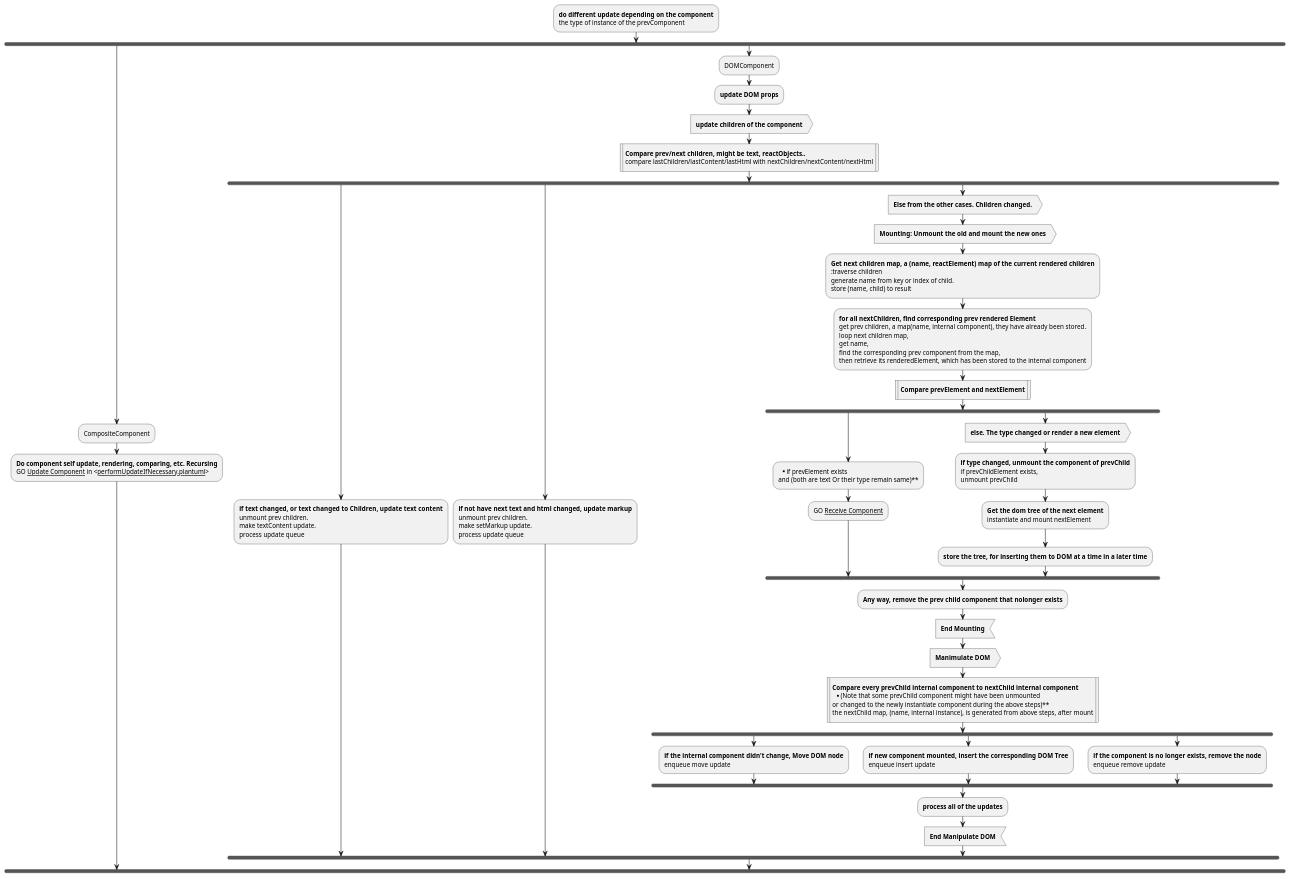
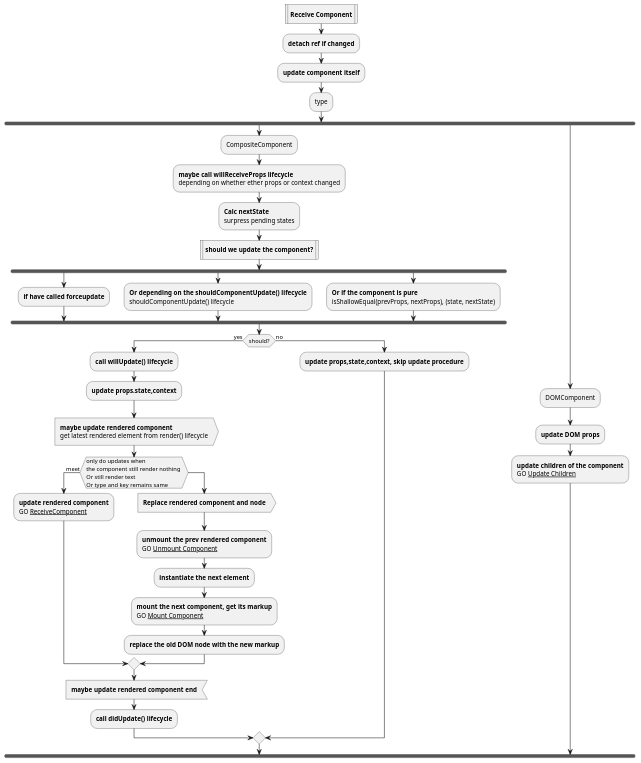
Before and after one commit to Kacxxia/learnReact15.6.2: the diagram in src/ReceiveComponent/ReceiveComponent.plantuml, drawn with PlantUML. The commit also changed 16 other files, not shown here.

Commit message:
Refactor DOMRender, mount, update; Add unmount

```diff
--- a/src/ReceiveComponent/ReceiveComponent.plantuml
+++ b/src/ReceiveComponent/ReceiveComponent.plantuml
@@ -1,70 +1,49 @@
 @startuml ReceiveComponent
-:**do different update depending on the component**
-the type of instance of the prevComponent;
+:**Receive Component**|
+:**detach ref if changed**;
+:**update component itself**;
+:type;
 fork
   :CompositeComponent;
-  :**Do component self update, rendering, comparing, etc. Recursing**
-  GO __Update Component__ in <__performUpdateIfNecessary.plantuml__>;
+  :**maybe call willReceiveProps lifecycle**
+  depending on whether ether props or context changed;
+  :**Calc nextState**
+  surpress pending states;
+  :**should we update the component?**|
+  fork
+    :**if have called forceupdate**;
+  fork again
+    :**Or depending on the shouldComponentUpdate() lifecycle**
+    shouldComponentUpdate() lifecycle;
+  fork again 
+    :**Or if the component is pure**
+    isShallowEqual(prevProps, nextProps), (state, nextState);
+  end fork
+  if (should?) then (yes)
+    :**call willUpdate() lifecycle**;
+    :**update props.state,context**;
+    :**maybe update rendered component**
+    get latest rendered element from render() lifecycle>
+    if (only do updates when\nthe component still render nothing \nOr still render text\nOr type and key remains same) then (meet)
+      :**update rendered component**
+      GO __ReceiveComponent__;
+    else
+      :**Replace rendered component and node**>
+      :**unmount the prev rendered component**
+      GO __Unmount Component__;
+      :**instantiate the next element**;
+      :**mount the next component, get its markup**
+      GO __Mount Component__;
+      :**replace the old DOM node with the new markup**;
+    endif
+    :**maybe update rendered component end**<
+    :**call didUpdate() lifecycle**;
+  else (no)
+    :**update props,state,context, skip update procedure**;
+  endif
 fork again
   :DOMComponent;
   :**update DOM props**;
-  :**update children of the component**>
-  :**Compare prev/next children, might be text, reactObjects..**
-  compare lastChildren/lastContent/lastHtml with nextChildren/nextContent/nextHtml|
-  fork
-    :**if text changed, or text changed to Children,  update text content**
-    unmount prev children.
-    make textContent update.
-    process update queue;
-  fork again
-    :**if not have next text and html changed, update markup**
-    unmount prev children.
-    make setMarkup update.
-    process update queue;
-  fork again
-    :**Else from the other cases. Children changed.**>
-    :**Mounting: Unmount the old and mount the new ones**>
-    :**Get next children map, a (name, reactElement) map of the current rendered children**
-    :traverse children
-    generate name from key or index of child.
-    store (name, child) to result;
-    :**for all nextChildren, find corresponding prev rendered Element**
-    get prev children, a map(name, internal component), they have already been stored.
-    loop next children map,
-    get name,
-    find the corresponding prev component from the map,
-    then retrieve its renderedElement, which has been stored to the internal component;
-    :**Compare prevElement and nextElement**|
-    fork
-      :**if prevElement exists
-      and (both are text Or their type remain same)**;
-      :GO __Receive Component__;
-    fork again
-      :**else. The type changed or render a new element**>
-      :**if type changed, unmount the component of prevChild**
-      if prevChildElement exists,
-      unmount prevChild;
-      :**Get the dom tree of the next element**
-      instantiate and mount nextElement;
-      :**store the tree, for inserting them to DOM at a time in a later time**;
-    end fork
-    :**Any way, remove the prev child component that nolonger exists**;
-    :**End Mounting**<
-    :**Manimulate DOM**>
-    :**Compare every prevChild internal component to nextChild internal component**
-    **(Note that some prevChild component might have been unmounted 
-    or changed to the newly instantiate component during the above steps)**
-    the nextChild map, (name, internal instance), is generated from above steps, after mount|
-    fork
-      :**if the internal component didn't change, Move DOM node**
-      enqueue move update;
-    fork again
-      :**if new component mounted, insert the corresponding DOM Tree**
-      enqueue insert update;
-    fork again
-      :**if the component is no longer exists, remove the node**
-      enqueue remove update;
-    end fork
-    :**process all of the updates**;
-    :**End Manipulate DOM**<
+  :**update children of the component**
+  GO __Update Children__;
 @enduml
```
